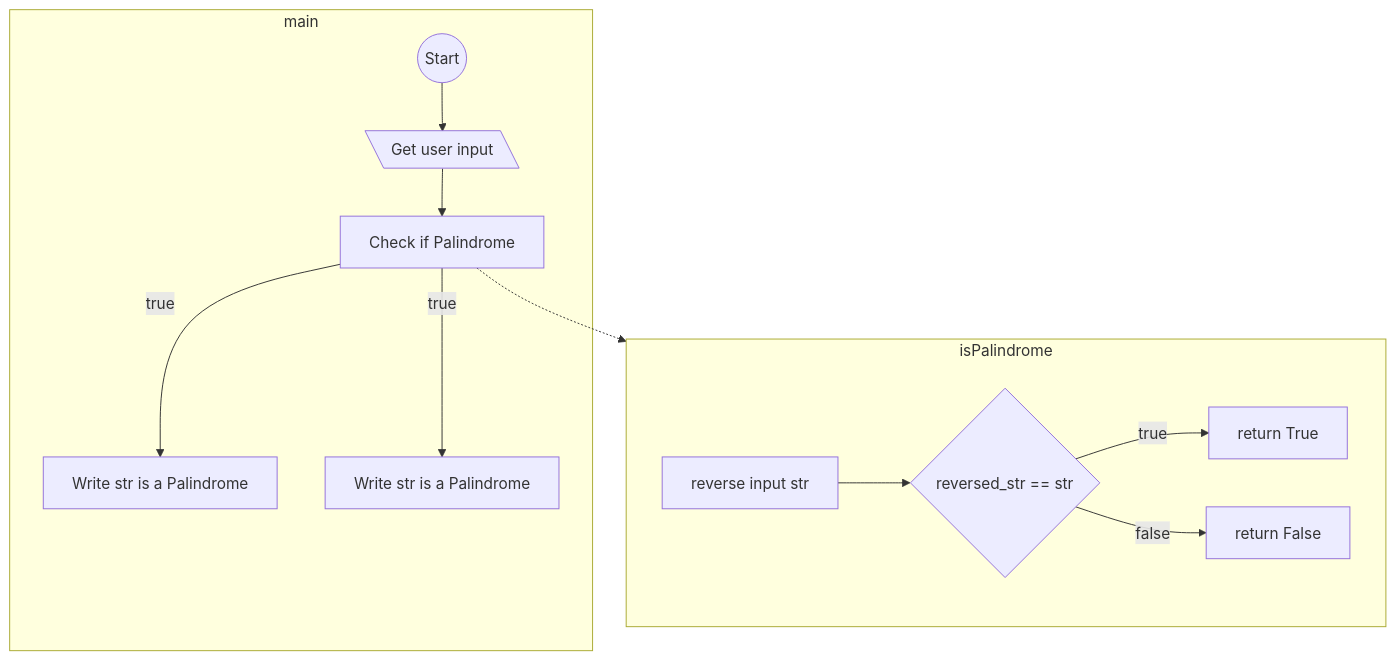
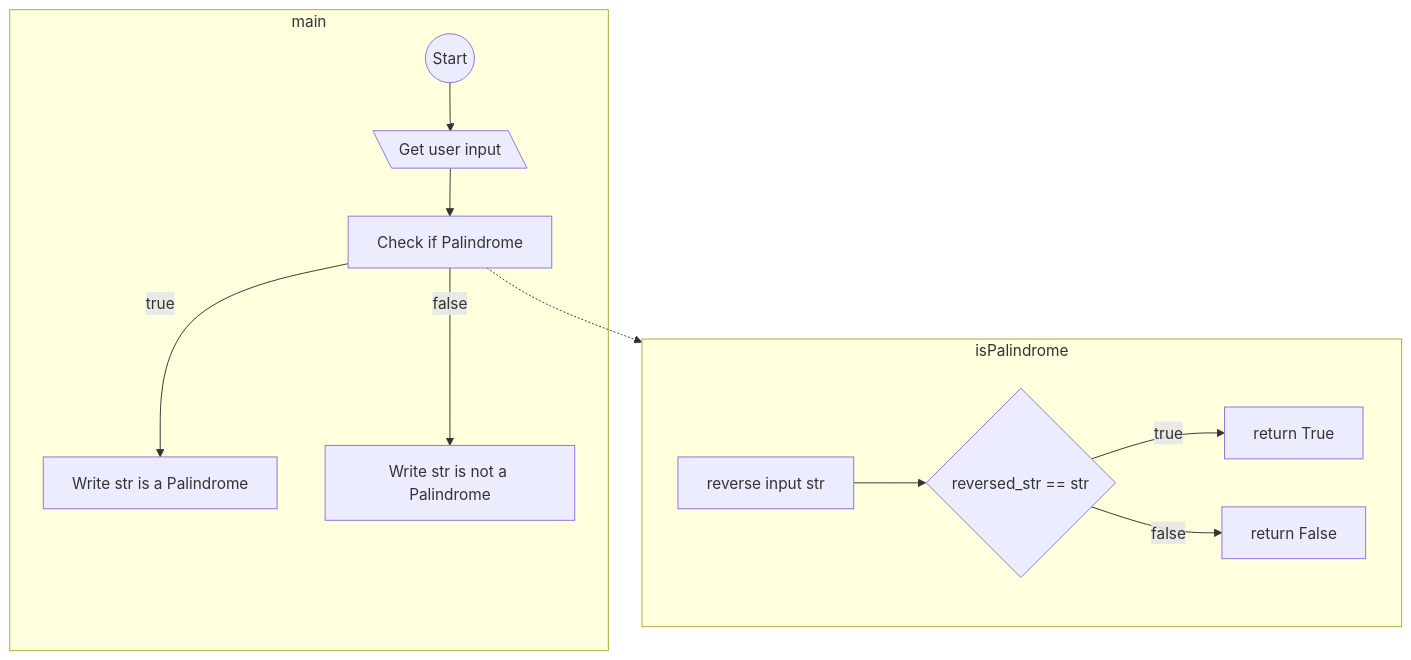
Before and after one commit to graham-hughes-code/pyflow: the diagram in README.md, drawn with Mermaid. The commit also changed other lines of this file, not shown here.

````diff
--- a/README.md
+++ b/README.md
@@ -72,15 +72,15 @@
 ```mermaid
 flowchart TD
 subgraph isPalindrome
 S[reverse input str] --> X{reversed_str == str}
 X -- true --> N[return True]
 X -- false --> M[return False]
 end
 subgraph main
 A((Start)) --> B[\Get user input\]
 B --> C[Check if Palindrome]
 C -- true --> D[Write str is a Palindrome]
-C -- true --> E[Write str is a Palindrome]
+C -- false --> E[Write str is not a Palindrome]
 end
 C -.-> isPalindrome
 ```
````
